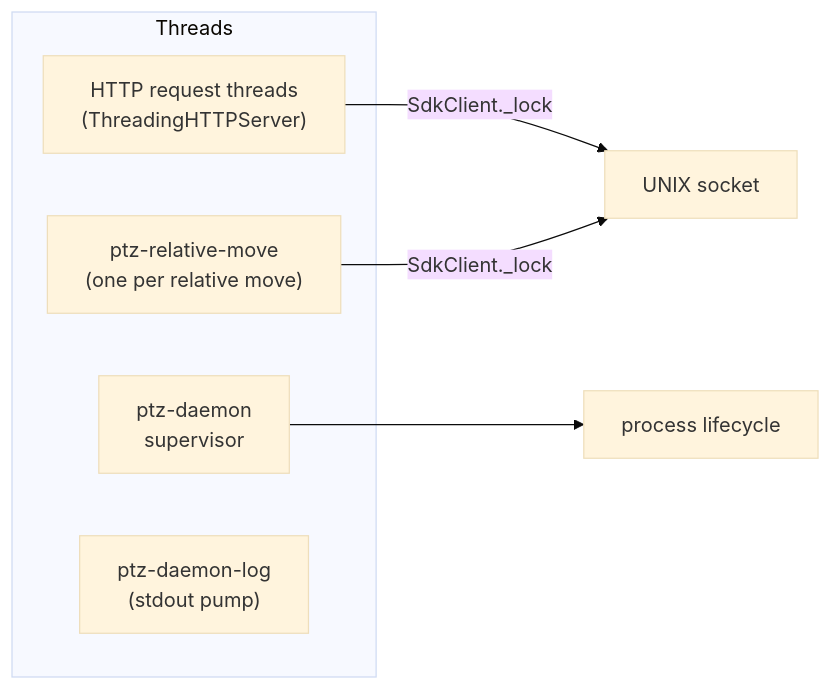
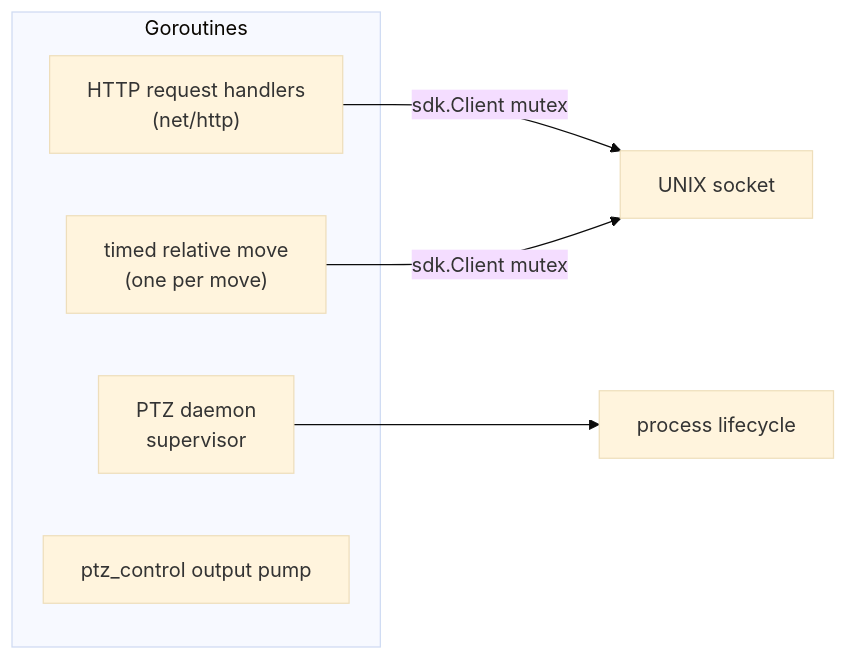
Before and after one commit to mabbas007/ezviz-ptz: the eighth of 11 diagrams in ARCHITECTURE.md, drawn with Mermaid (base theme). The commit also changed other lines of this file and 40 other files, not shown here.

````diff
--- a/ARCHITECTURE.md
+++ b/ARCHITECTURE.md
@@ -491,13 +501,13 @@
 ```mermaid
 flowchart LR
-    subgraph Threads
-        A["HTTP request threads<br/>(ThreadingHTTPServer)"]
-        B["ptz-daemon<br/>supervisor"]
-        C["ptz-relative-move<br/>(one per relative move)"]
-        D["ptz-daemon-log<br/>(stdout pump)"]
+    subgraph Goroutines
+        A["HTTP request handlers<br/>(net/http)"]
+        B["PTZ daemon<br/>supervisor"]
+        C["timed relative move<br/>(one per move)"]
+        D["ptz_control output pump"]
     end
 
-    A -->|"SdkClient._lock"| S["UNIX socket"]
-    C -->|"SdkClient._lock"| S
+    A -->|"sdk.Client mutex"| S["UNIX socket"]
+    C -->|"sdk.Client mutex"| S
     B --> L["process lifecycle"]
 ```
````
